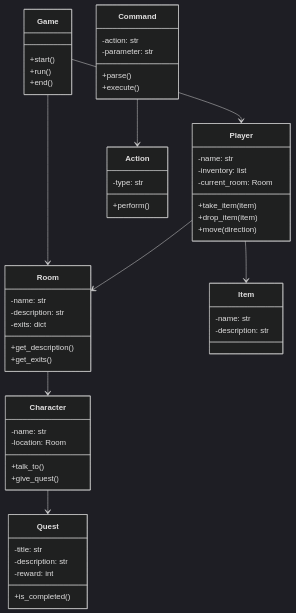
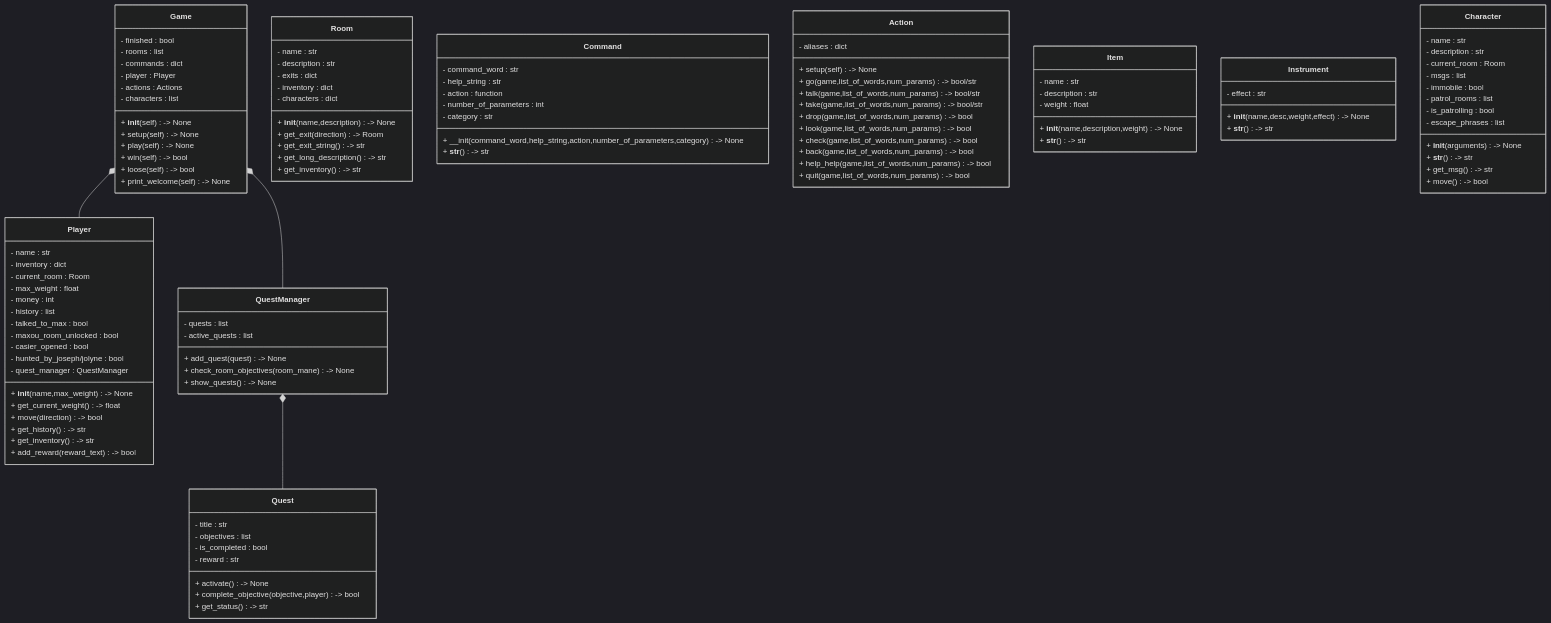
The diagram in projet/README.md (spelheart/TBA), drawn with Mermaid (dark theme) before and after one commit.

Commit message:
J'ai refait Mermaid

````diff
--- a/projet/README.md
+++ b/projet/README.md
@@ -105,64 +103,136 @@
 ``` mermaid
+
 classDiagram
+
     class Game {
-        +start()
-        +run()
-        +end()
+        - finished : bool
+        - rooms : list
+        - commands : dict
+        - player : Player
+        - actions : Actions
+        - characters : list
+        + __init__(self) -> None
+        + setup(self) -> None
+        + play(self) -> None
+        + win(self) -> bool
+        + loose(self) -> bool
+        + print_welcome(self) -> None
     }
     
     class Room {
-        -name: str
-        -description: str
-        -exits: dict
-        +get_description()
-        +get_exits()
+        - name : str
+        - description : str
+        - exits : dict
+        - inventory : dict
+        - characters : dict
+        + __init__(name,description) -> None
+        + get_exit(direction) -> Room
+        + get_exit_string() -> str
+        + get_long_description() -> str
+        + get_inventory() -> str
     }
     
     class Player {
-        -name: str
-        -inventory: list
-        -current_room: Room
-        +take_item(item)
-        +drop_item(item)
-        +move(direction)
+        - name : str
+        - inventory : dict
+        - current_room : Room
+        - max_weight : float
+        - money : int
+        - history : list
+        - talked_to_max : bool
+        - maxou_room_unlocked : bool
+        - casier_opened : bool
+        - hunted_by_joseph/jolyne : bool
+        - quest_manager : QuestManager
+        + __init__(name,max_weight) -> None
+        + get_current_weight() -> float
+        + move(direction) -> bool
+        + get_history() -> str
+        + get_inventory() -> str
+        + add_reward(reward_text) -> bool
     }
     
     class Command {
-        -action: str
-        -parameter: str
-        +parse()
-        +execute()
+        - command_word : str
+        - help_string : str
+        - action : function
+        - number_of_parameters : int
+        - category : str
+        + __init(command_word,help_string,action,number_of_parameters,category) -> None
+        + __str__() -> str
     }
     
     class Action {
-        -type: str
-        +perform()
+        - aliases : dict
+        + setup(self) -> None
+        + go(game,list_of_words,num_params) -> bool/str
+        + talk(game,list_of_words,num_params) -> bool/str
+        + take(game,list_of_words,num_params) -> bool/str
+        + drop(game,list_of_words,num_params) -> bool
+        + look(game,list_of_words,num_params) -> bool
+        + check(game,list_of_words,num_params) -> bool
+        + back(game,list_of_words,num_params) -> bool
+        + help_help(game,list_of_words,num_params) -> bool
+        + quit(game,list_of_words,num_params) -> bool
     }
     
     class Item {
-        -name: str
-        -description: str
+        - name : str
+        - description : str
+        - weight : float
+        + __init__(name,description,weight) -> None
+        + __str__() -> str
     }
+
+    class Instrument {
+        - effect : str
+        + __init__(name,desc,weight,effect) -> None
+        + __str__() -> str
+    }
+
     
     class Character {
-        -name: str
-        -location: Room
-        +talk_to()
-        +give_quest()
+        - name : str
+        - description : str
+        - current_room : Room
+        - msgs : list
+        - immobile : bool
+        - patrol_rooms : list
+        - is_patrolling : bool
+        - escape_phrases : list 
+        + __init__(arguments) -> None
+        + __str__() -> str
+        + get_msg() -> str
+        + move() -> bool
     }
     
     class Quest {
-        -title: str
-        -description: str
-        -reward: int
-        +is_completed()
+        - title : str
+        - objectives : list
+        - is_completed : bool
+        - reward : str
+        + activate() -> None
+        + complete_objective(objective,player) -> bool
+        + get_status() -> str
+    }
+
+    class QuestManager {
+        - quests : list
+        - active_quests : list
+        + add_quest(quest) -> None
+        + check_room_objectives(room_mane) -> None
+        + show_quests() -> None
     }
     
-    Game --> Player
-    Game --> Room
+    Game *-- Player
+    Game *-- QuestManager
+    QuestManager *-- Quest
+    Instrument `-- Item
+    Room °-- Item
+    Room °-- Character
     Player --> Room
-    Player --> Item
-    Room --> Character
-    Character --> Quest
-    Command --> Action
+    Character --> Room
+    Room --> Room
+    Command ..> Actions
+
 ```
````
